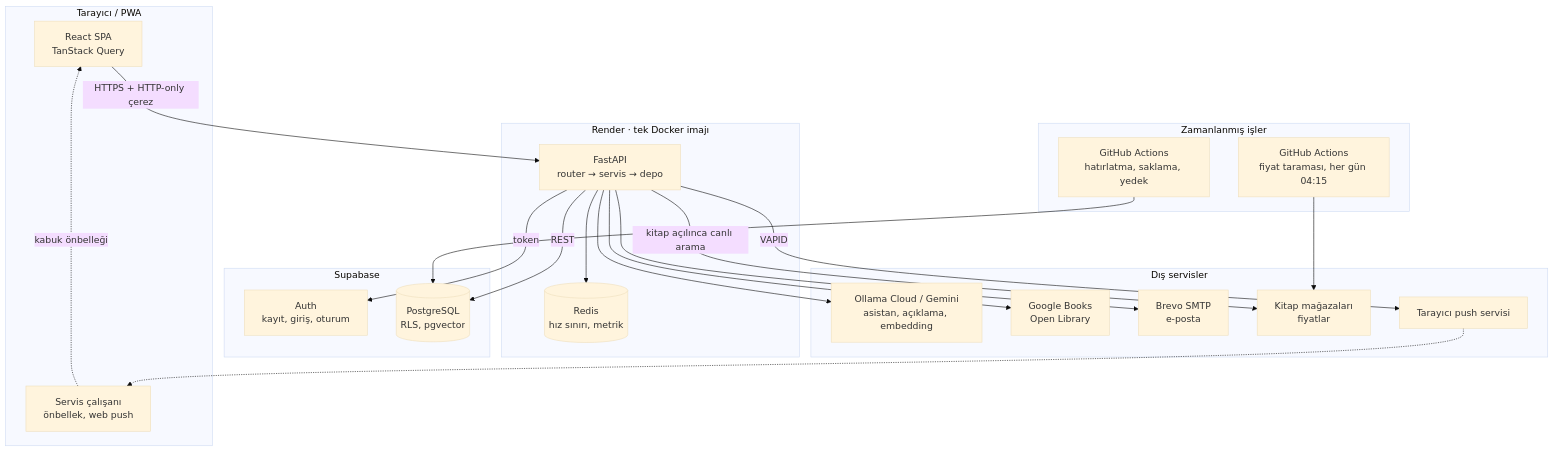
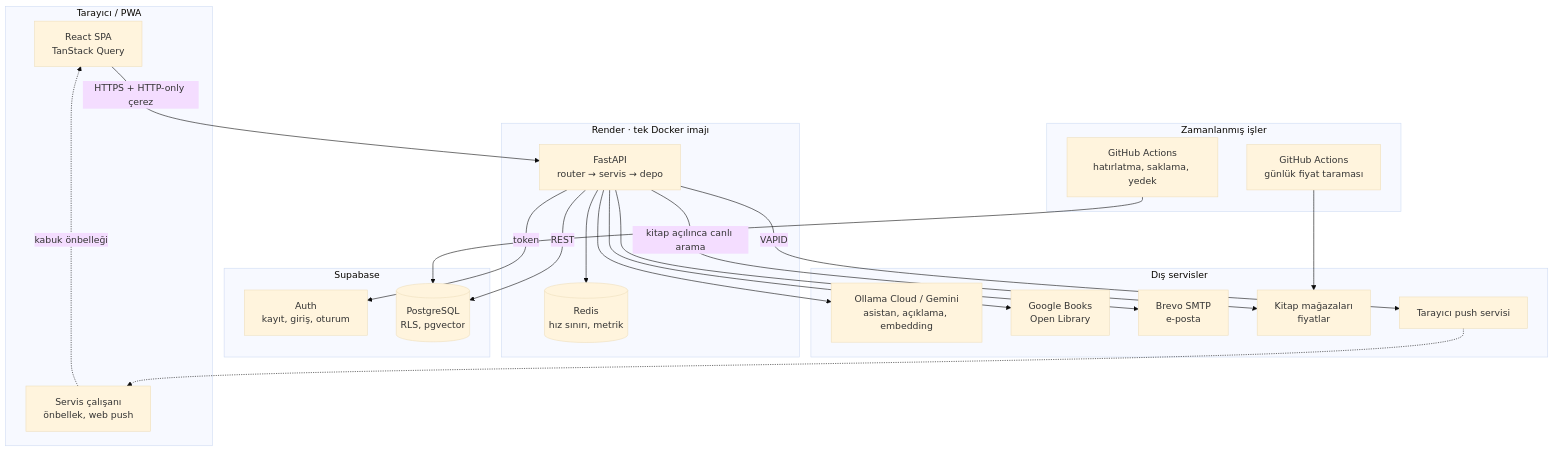
One commit to Fatmaa35/Mihenk changed the first of 2 diagrams in README.md. Above: the diagram before and after it, drawn with Mermaid (base theme). The commit also changed other lines of this file and 15 other files, not shown here.

````diff
--- a/README.md
+++ b/README.md
@@ -219,39 +197,39 @@
 ```mermaid
 flowchart TB
   subgraph Istemci["Tarayıcı / PWA"]
     SPA["React SPA<br/>TanStack Query"]
     SW["Servis çalışanı<br/>önbellek, web push"]
   end
   subgraph Render["Render · tek Docker imajı"]
     API["FastAPI<br/>router → servis → depo"]
     Redis[("Redis<br/>hız sınırı, metrik")]
   end
   subgraph Supabase["Supabase"]
     Auth["Auth<br/>kayıt, giriş, oturum"]
     PG[("PostgreSQL<br/>RLS, pgvector")]
   end
   subgraph Dis["Dış servisler"]
     AI["Ollama Cloud / Gemini<br/>asistan, açıklama, embedding"]
     Catalog["Google Books<br/>Open Library"]
     SMTP["Brevo SMTP<br/>e-posta"]
     Shops["Kitap mağazaları<br/>fiyatlar"]
     Push["Tarayıcı push servisi"]
   end
   subgraph Zaman["Zamanlanmış işler"]
     GHA["GitHub Actions<br/>hatırlatma, saklama, yedek"]
-    GHAP["GitHub Actions<br/>fiyat taraması, her gün 04:15"]
+    GHAP["GitHub Actions<br/>günlük fiyat taraması"]
   end
   SPA -- "HTTPS + HTTP-only çerez" --> API
   SW -. "kabuk önbelleği" .-> SPA
   API --> Redis
   API -- "REST" --> PG
   API -- "token" --> Auth
   API --> AI
   API --> Catalog
   API --> SMTP
   API -- "kitap açılınca canlı arama" --> Shops
   API -- "VAPID" --> Push
   Push -.-> SW
   GHA --> PG
   GHAP --> Shops
 ```
````
